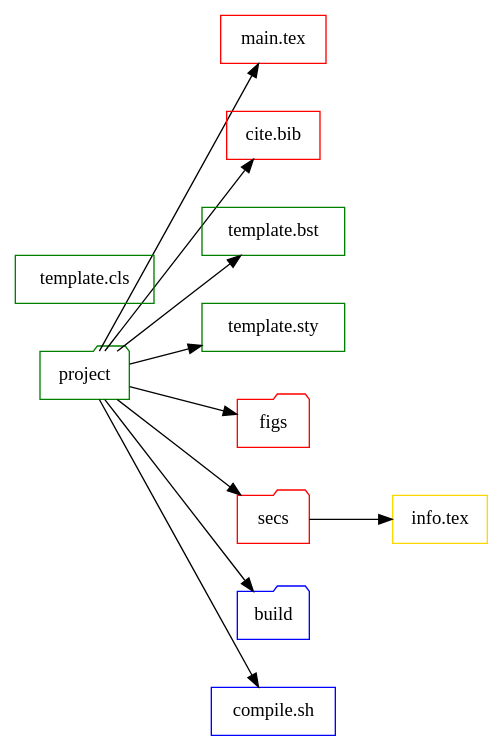
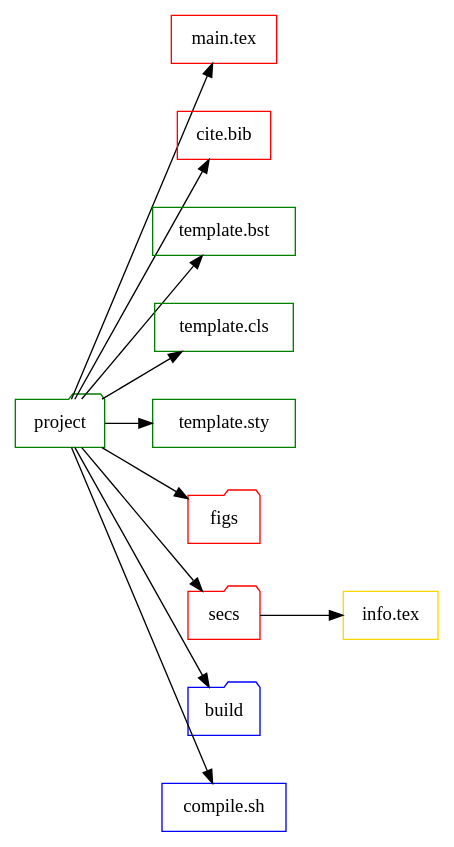
Before and after one commit to bwtian/texTemplate: the diagram in texTemplate.org, drawn with Graphviz. The commit also changed other lines of this file and 1 other file, not shown here.

Commit message:
- ‘.#texTemplate.org’ / ‘texTemplate.org’

```diff
--- a/texTemplate.org
+++ b/texTemplate.org
@@ -4,28 +4,28 @@
 #+BEGIN_SRC dot :file ./texTemplate.svg
   digraph {
   rankdir = LR
   fontname="Times";
   fontsize = 12;
   splines = false;
   ranksep = 0.5;
   nodesep = 0.5;
   node [shape = box]
   //1. set node
   proj [label = "project", color = green, shape="folder"]
   info [label = "info.tex", color = gold]
   main [label = "main.tex", color = red]
   bib [label = "cite.bib", color = red]
   bst [label = "template.bst", color = green]
   cls [label = "template.cls", color = green]
   sty [label = "template.sty", color = green]
   fig [label = "figs", color=red, shape="folder"]
   sec [label = "secs", color=red, shape="folder"]
   build [label  = "build", color = blue, shape="folder"]
   gen [label = "compile.sh", color = blue]
   //2. set path
-  proj -> {fig sec main bib sty bst build gen}
+  proj -> {fig sec main bib sty bst cls build gen}
   sec -> {info}
   //3. set rank
 
   }
 #+END_SRC
```
